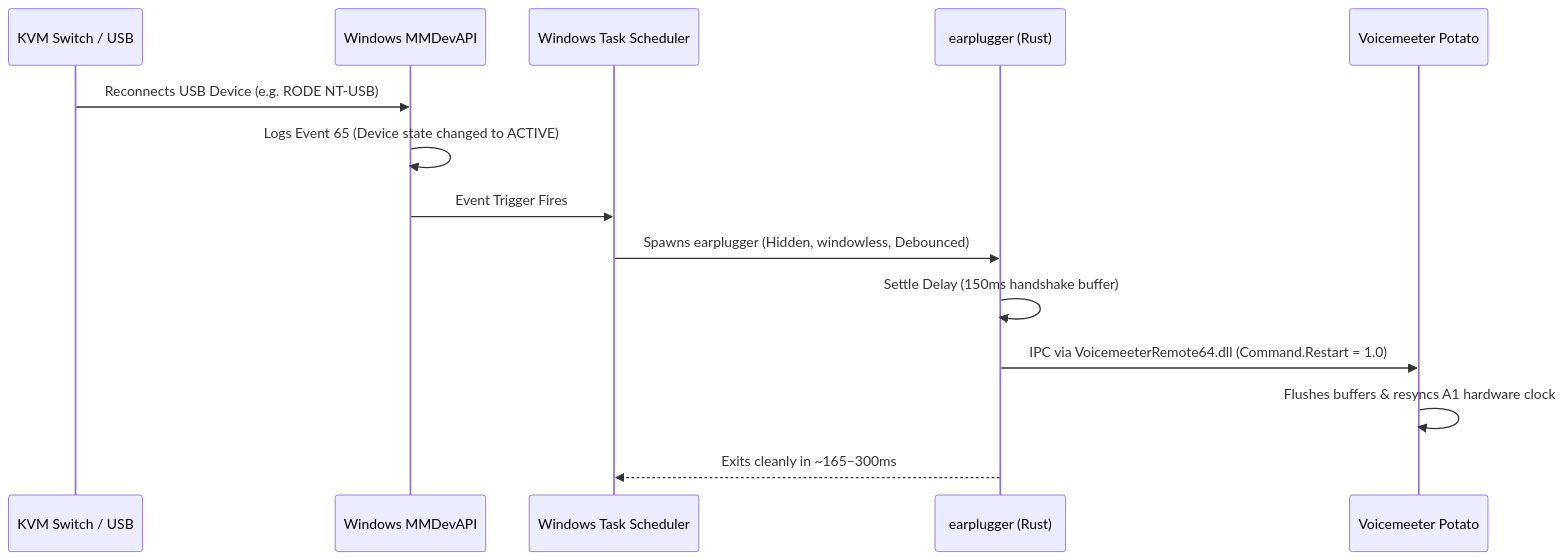
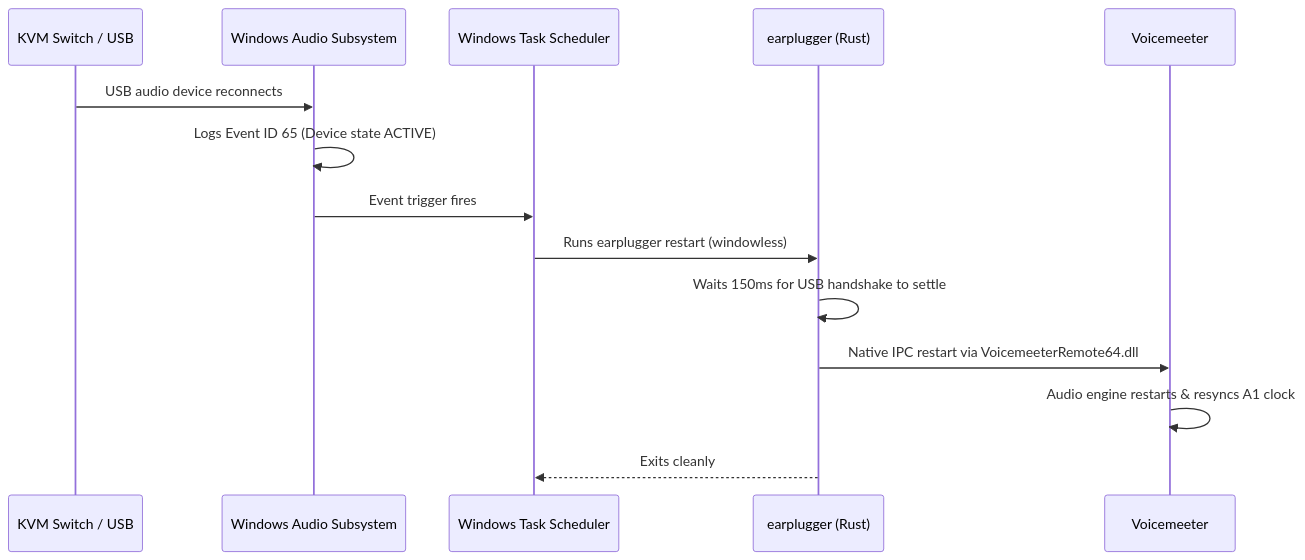
One commit to johnathangallagher/earplugger changed the diagram in README.md. Above: the diagram before and after it, drawn with Mermaid. The commit also changed other lines of this file and 5 other files, not shown here.

````diff
--- a/README.md
+++ b/README.md
@@ -40,17 +32,17 @@
 ```mermaid
 sequenceDiagram
     participant KVM as KVM Switch / USB
-    participant Win as Windows MMDevAPI
+    participant Win as Windows Audio Subsystem
     participant Task as Windows Task Scheduler
     participant EP as earplugger (Rust)
-    participant VM as Voicemeeter Potato
+    participant VM as Voicemeeter
 
-    KVM->>Win: Reconnects USB Device (e.g. RODE NT-USB)
-    Win->>Win: Logs Event 65 (Device state changed to ACTIVE)
-    Win->>Task: Event Trigger Fires
-    Task->>EP: Spawns earplugger (Hidden, windowless, Debounced)
-    EP->>EP: Settle Delay (150ms handshake buffer)
-    EP->>VM: IPC via VoicemeeterRemote64.dll (Command.Restart = 1.0)
-    VM->>VM: Flushes buffers & resyncs A1 hardware clock
-    EP-->>Task: Exits cleanly in ~165–300ms
+    KVM->>Win: USB audio device reconnects
+    Win->>Win: Logs Event ID 65 (Device state ACTIVE)
+    Win->>Task: Event trigger fires
+    Task->>EP: Runs earplugger restart (windowless)
+    EP->>EP: Waits 150ms for USB handshake to settle
+    EP->>VM: Native IPC restart via VoicemeeterRemote64.dll
+    VM->>VM: Audio engine restarts & resyncs A1 clock
+    EP-->>Task: Exits cleanly
 ```
````
